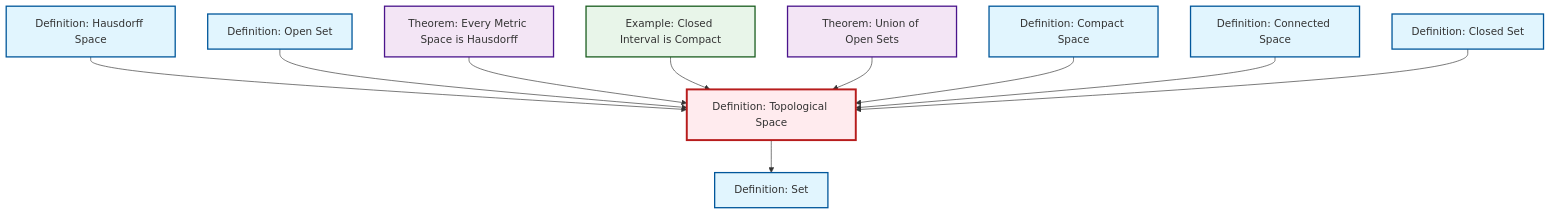
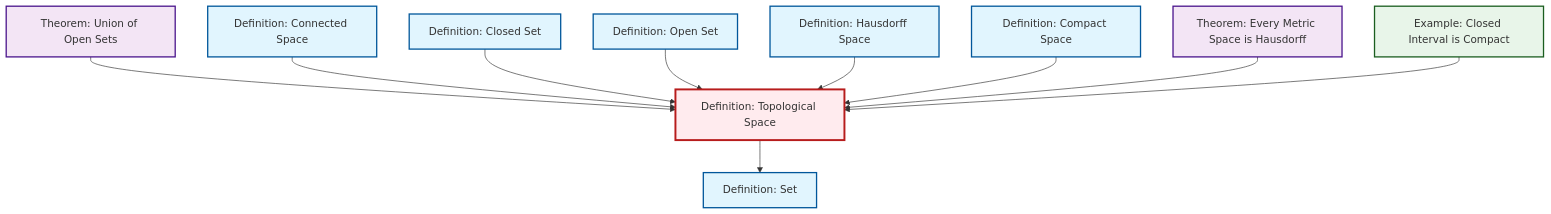
One commit to RK0429/ModernMath changed the diagram in content/ja/topology/def-topological-space.qmd. Above: the diagram before and after it, drawn with Mermaid. The commit also changed other lines of this file and 417 other files, not shown here.

````diff
--- a/content/ja/topology/def-topological-space.qmd
+++ b/content/ja/topology/def-topological-space.qmd
@@ -60,38 +60,38 @@
 ```{mermaid}
 %%| fig-cap: "Local dependency graph"
 graph TD
     classDef definition fill:#e1f5fe,stroke:#01579b,stroke-width:2px
     classDef theorem fill:#f3e5f5,stroke:#4a148c,stroke-width:2px
     classDef axiom fill:#fff3e0,stroke:#e65100,stroke-width:2px
     classDef example fill:#e8f5e9,stroke:#1b5e20,stroke-width:2px
     classDef current fill:#ffebee,stroke:#b71c1c,stroke-width:3px
-    ex-closed-interval-compact["Example: Closed Interval is Compact"]:::example
+    def-topological-space["Definition: Topological Space"]:::definition
+    thm-union-open-sets["Theorem: Union of Open Sets"]:::theorem
     def-hausdorff["Definition: Hausdorff Space"]:::definition
     def-compact["Definition: Compact Space"]:::definition
+    ex-closed-interval-compact["Example: Closed Interval is Compact"]:::example
+    def-open-set["Definition: Open Set"]:::definition
+    thm-metric-hausdorff["Theorem: Every Metric Space is Hausdorff"]:::theorem
+    def-connected["Definition: Connected Space"]:::definition
+    def-closed-set["Definition: Closed Set"]:::definition
     def-set["Definition: Set"]:::definition
-    thm-metric-hausdorff["Theorem: Every Metric Space is Hausdorff"]:::theorem
-    def-topological-space["Definition: Topological Space"]:::definition
-    def-open-set["Definition: Open Set"]:::definition
-    thm-union-open-sets["Theorem: Union of Open Sets"]:::theorem
-    def-closed-set["Definition: Closed Set"]:::definition
-    def-connected["Definition: Connected Space"]:::definition
+    thm-union-open-sets --> def-topological-space
+    def-topological-space --> def-set
+    def-connected --> def-topological-space
+    def-closed-set --> def-topological-space
+    def-open-set --> def-topological-space
     def-hausdorff --> def-topological-space
-    def-open-set --> def-topological-space
+    def-compact --> def-topological-space
     thm-metric-hausdorff --> def-topological-space
     ex-closed-interval-compact --> def-topological-space
-    def-topological-space --> def-set
-    thm-union-open-sets --> def-topological-space
-    def-compact --> def-topological-space
-    def-connected --> def-topological-space
-    def-closed-set --> def-topological-space
     class def-topological-space current
-    click ex-closed-interval-compact "ex-closed-interval-compact.html" "Example: Closed Interval is Compactへ"
+    click thm-union-open-sets "thm-union-open-sets.html" "Theorem: Union of Open Setsへ"
     click def-hausdorff "def-hausdorff.html" "Definition: Hausdorff Spaceへ"
     click def-compact "def-compact.html" "Definition: Compact Spaceへ"
+    click ex-closed-interval-compact "ex-closed-interval-compact.html" "Example: Closed Interval is Compactへ"
+    click def-open-set "def-open-set.html" "Definition: Open Setへ"
+    click thm-metric-hausdorff "thm-metric-hausdorff.html" "Theorem: Every Metric Space is Hausdorffへ"
+    click def-connected "def-connected.html" "Definition: Connected Spaceへ"
+    click def-closed-set "def-closed-set.html" "Definition: Closed Setへ"
     click def-set "def-set.html" "Definition: Setへ"
-    click thm-metric-hausdorff "thm-metric-hausdorff.html" "Theorem: Every Metric Space is Hausdorffへ"
-    click def-open-set "def-open-set.html" "Definition: Open Setへ"
-    click thm-union-open-sets "thm-union-open-sets.html" "Theorem: Union of Open Setsへ"
-    click def-closed-set "def-closed-set.html" "Definition: Closed Setへ"
-    click def-connected "def-connected.html" "Definition: Connected Spaceへ"
 ```
````
